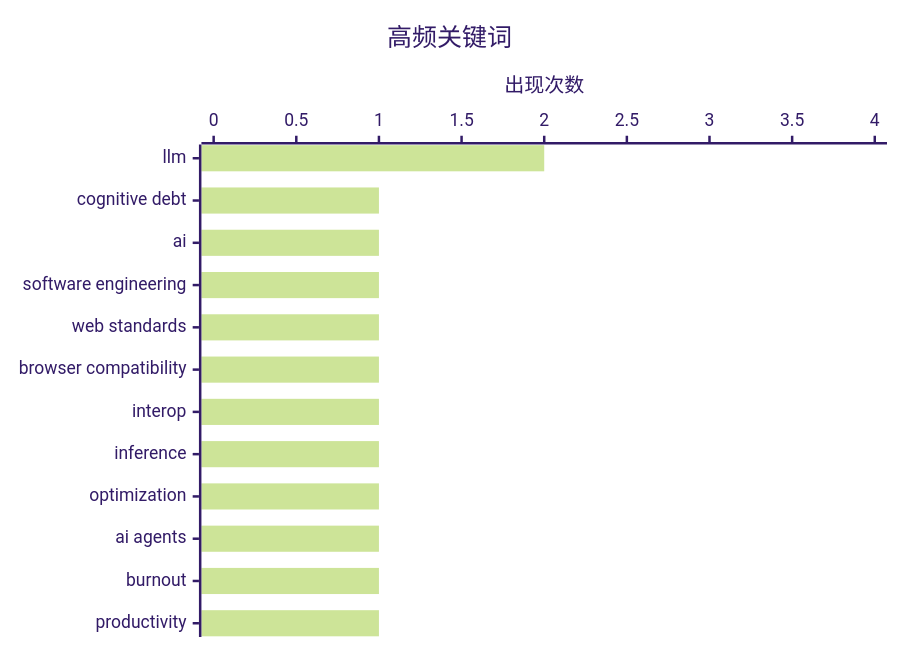
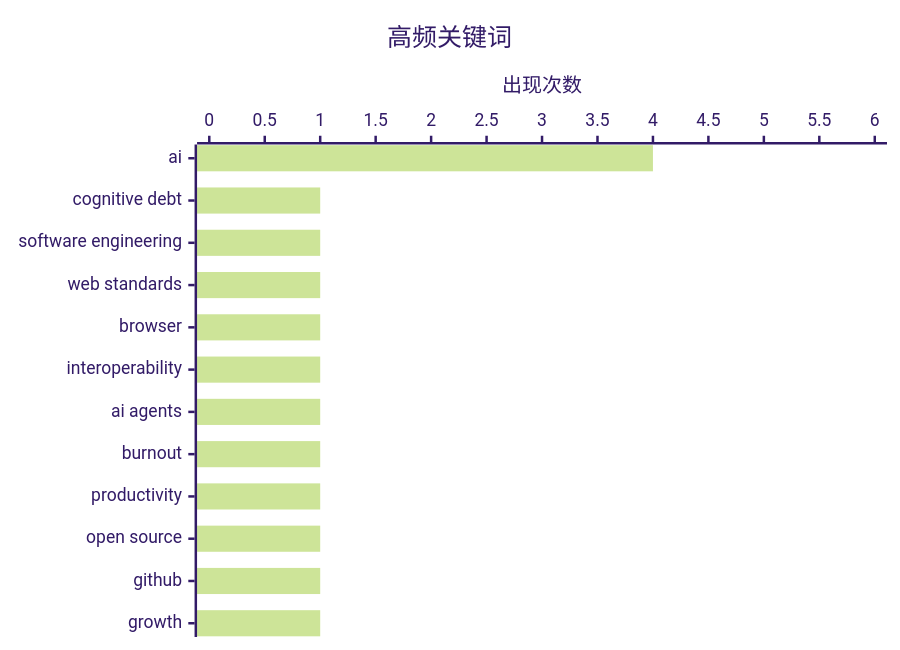
Before and after one commit to CoderDoubleflower/ai-daily-digest: the second of 2 diagrams in reports/digest-20260216.md, drawn with Mermaid (forest theme). The commit also changed other lines of this file, not shown here.

````diff
--- a/reports/digest-20260216.md
+++ b/reports/digest-20260216.md
@@ -65,7 +65,7 @@
 ```mermaid
 xychart-beta horizontal
     title "高频关键词"
-    x-axis ["llm", "cognitive debt", "ai", "software engineering", "web standards", "browser compatibility", "interop", "inference", "optimization", "ai agents", "burnout", "productivity"]
-    y-axis "出现次数" 0 --> 4
-    bar [2, 1, 1, 1, 1, 1, 1, 1, 1, 1, 1, 1]
+    x-axis ["ai", "cognitive debt", "software engineering", "web standards", "browser", "interoperability", "ai agents", "burnout", "productivity", "open source", "github", "growth"]
+    y-axis "出现次数" 0 --> 6
+    bar [4, 1, 1, 1, 1, 1, 1, 1, 1, 1, 1, 1]
 ```
````
